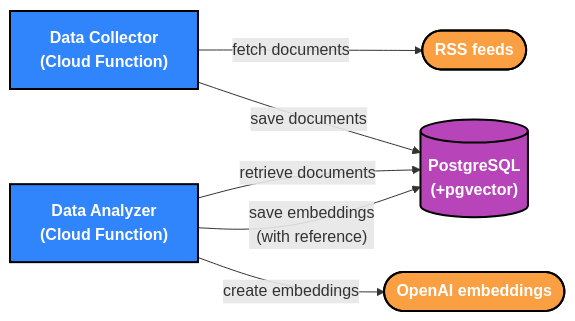
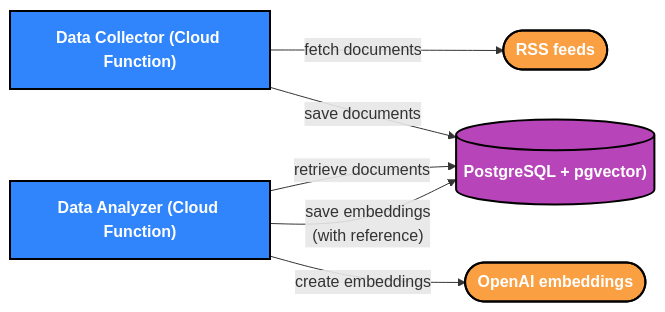
The second of 2 diagrams in README.md (initialcapacity/ai-starter), drawn with Mermaid before and after one commit. The commit also changed other lines of this file, not shown here.

Commit message:
Remove newlines in mermaid diagrams

````diff
--- a/README.md
+++ b/README.md
@@ -50,25 +50,25 @@
 ```mermaid
 flowchart LR
     embeddings([OpenAI embeddings])
     docs(["RSS feeds"])
-    db[("PostgreSQL\n(+pgvector)")]
-    collector["Data Collector\n(Cloud Function)"]
-    analyzer["Data Analyzer\n(Cloud Function)"]
+    db[("PostgreSQL + pgvector)")]
+    collector["Data Collector (Cloud Function)"]
+    analyzer["Data Analyzer (Cloud Function)"]
     
     collector -- fetch documents --> docs
     collector -- save documents --> db
     analyzer -- retrieve documents --> db
     analyzer -- create embeddings --> embeddings
     analyzer -- "save embeddings \n (with reference)" --> db
 
     classDef node font-weight:bold,color:white,stroke:black,stroke-width:2px;
     classDef app fill:#3185FC;
     classDef db fill:#B744B8;
     class app,collector,analyzer app;
     classDef external fill:#FA9F42;
     classDef user fill:#ED6A5A;
 
     class db db;
     class docs,embeddings external;
     class user user;
 ```
````
